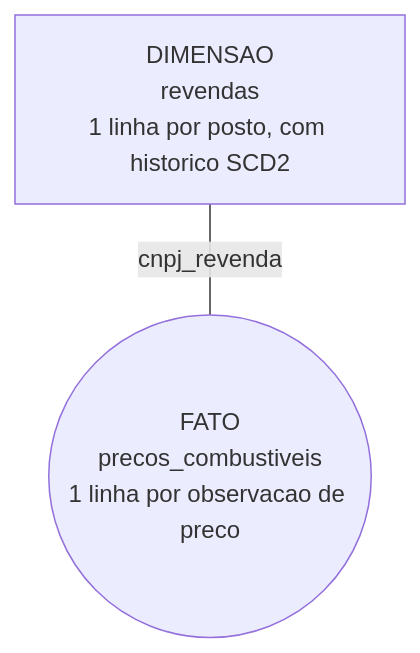
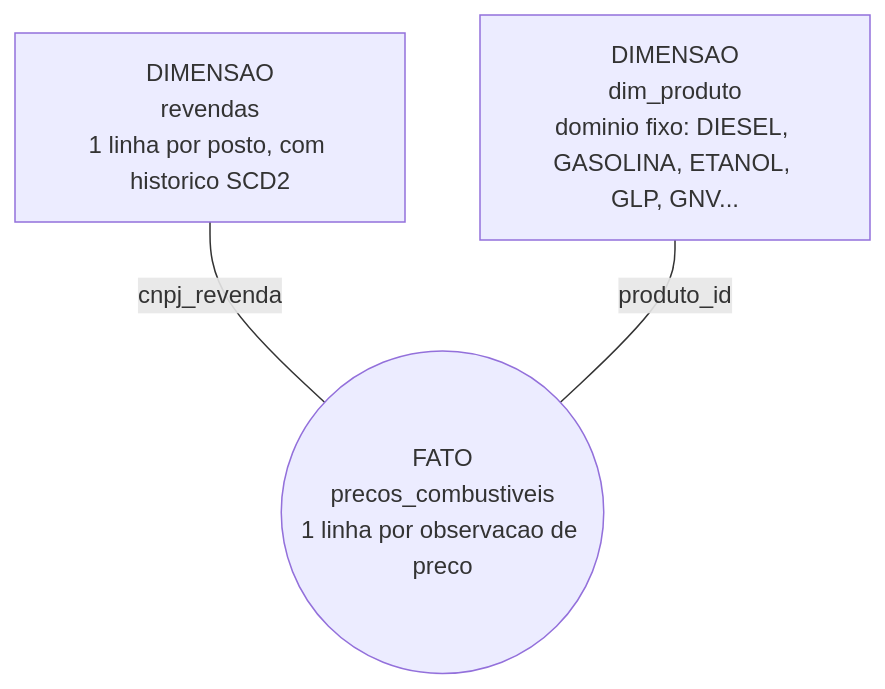
The second of 2 diagrams in README.md (lucasyn3/anp-fuel-lakehouse), drawn with Mermaid before and after one commit. The commit also changed other lines of this file and 3 other files, not shown here.

First line of the commit message:
Adiciona dim_produto: star schema completo com 2 dimensoes

````diff
--- a/README.md
+++ b/README.md
@@ -59,7 +59,9 @@
 ```mermaid
 flowchart TD
-    dim["DIMENSAO<br/>revendas<br/>1 linha por posto, com historico SCD2"]
+    dim_revenda["DIMENSAO<br/>revendas<br/>1 linha por posto, com historico SCD2"]
+    dim_produto["DIMENSAO<br/>dim_produto<br/>dominio fixo: DIESEL, GASOLINA, ETANOL, GLP, GNV..."]
     fato(("FATO<br/>precos_combustiveis<br/>1 linha por observacao de preco"))
 
-    dim ---|"cnpj_revenda"| fato
+    dim_revenda ---|"cnpj_revenda"| fato
+    dim_produto ---|"produto_id"| fato
 ```
````
